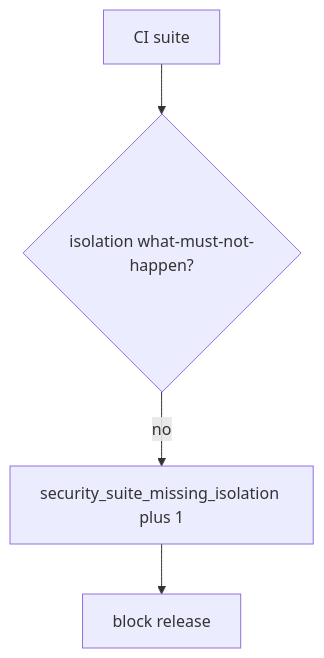
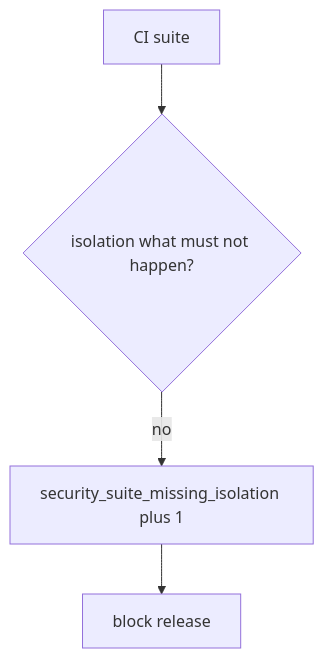
The diagram in content/modules/9/9.3/lessons/06-operate.md (ishitvagoel/LearnSecurity), drawn with Mermaid before and after one commit. The commit also changed other lines of this file and 84 other files, not shown here.

````diff
--- a/content/modules/9/9.3/lessons/06-operate.md
+++ b/content/modules/9/9.3/lessons/06-operate.md
@@ -14,6 +14,6 @@
 ```mermaid
 flowchart TD
-  Suite[CI suite] --> Iso{isolation what-must-not-happen?}
+  Suite[CI suite] --> Iso{isolation what must not happen?}
   Iso -->|no| Metric["security_suite_missing_isolation plus 1"]
   Metric --> Block[block release]
 ```
````
